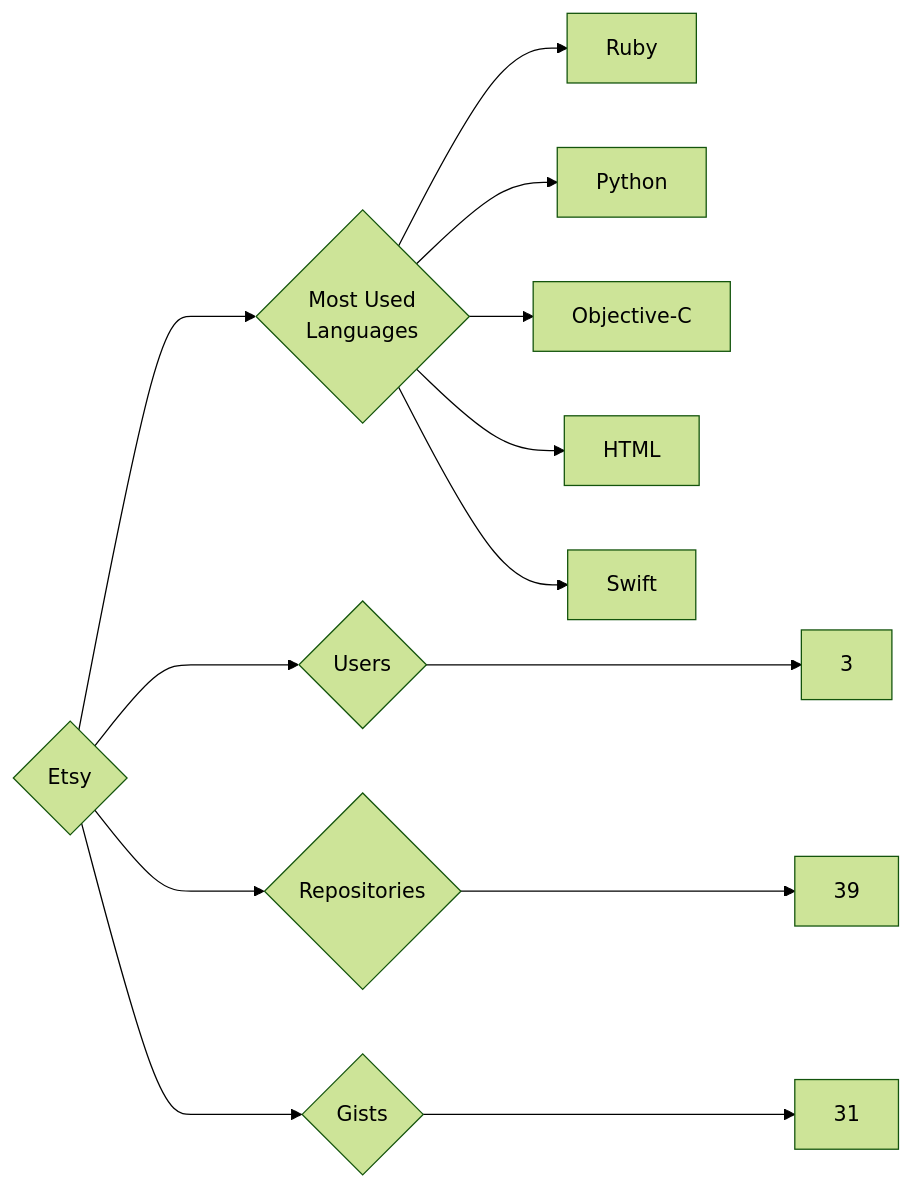
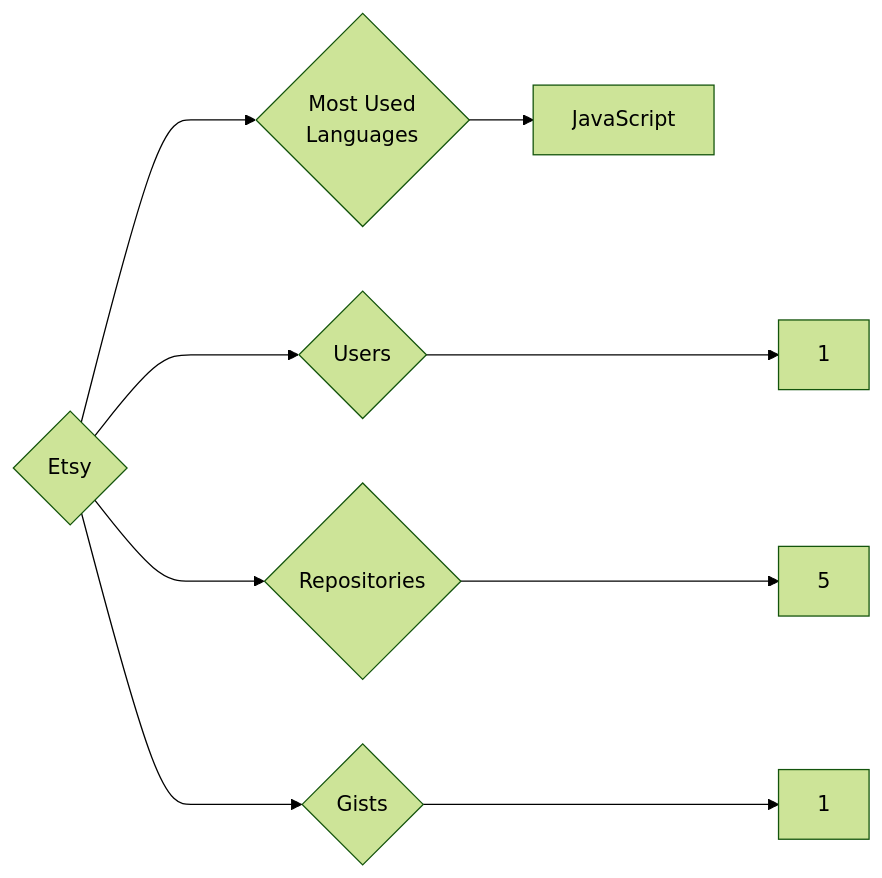
The diagram in targets/Etsy/README.md (trickest/insiders), drawn with Mermaid (forest theme) before and after one commit. The commit also changed 1089 other files, not shown here.

````diff
--- a/targets/Etsy/README.md
+++ b/targets/Etsy/README.md
@@ -3,13 +3,9 @@
 ```mermaid
 graph LR
 COMPANY_NAME{Etsy}
-COMPANY_NAME ---> U{Users} ---> UN[3]
-COMPANY_NAME ---> R{Repositories} ---> RN[39]
-COMPANY_NAME ---> G{Gists} ---> GN[31]
+COMPANY_NAME ---> U{Users} ---> UN[1]
+COMPANY_NAME ---> R{Repositories} ---> RN[5]
+COMPANY_NAME ---> G{Gists} ---> GN[1]
 COMPANY_NAME ---> ML{Most Used<br>Languages}
-ML --> Ruby[Ruby]
-ML --> Python[Python]
-ML --> Objective-C[Objective-C]
-ML --> HTML[HTML]
-ML --> Swift[Swift]
+ML --> JavaScript[JavaScript]
 ```
````
